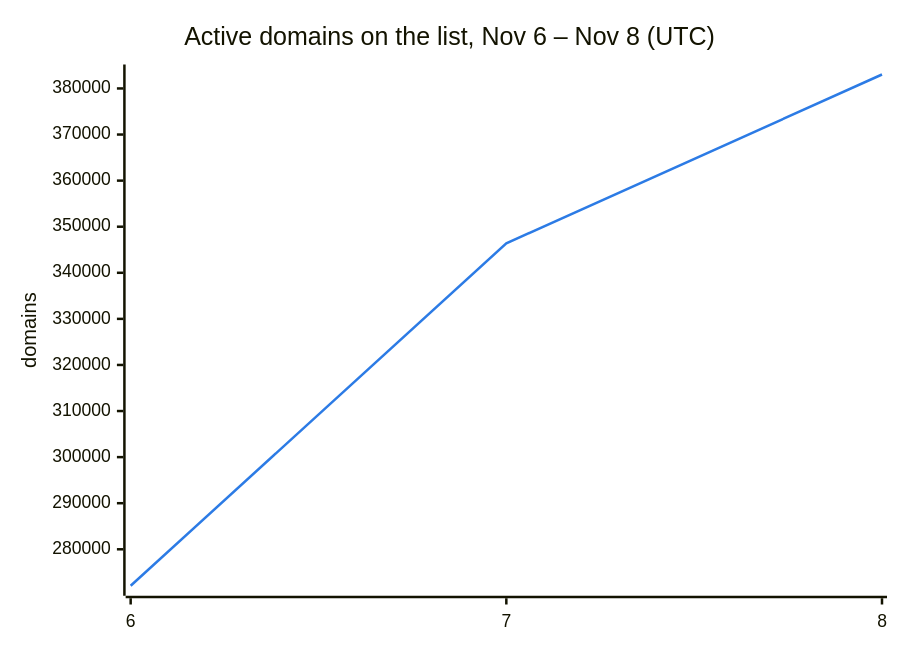
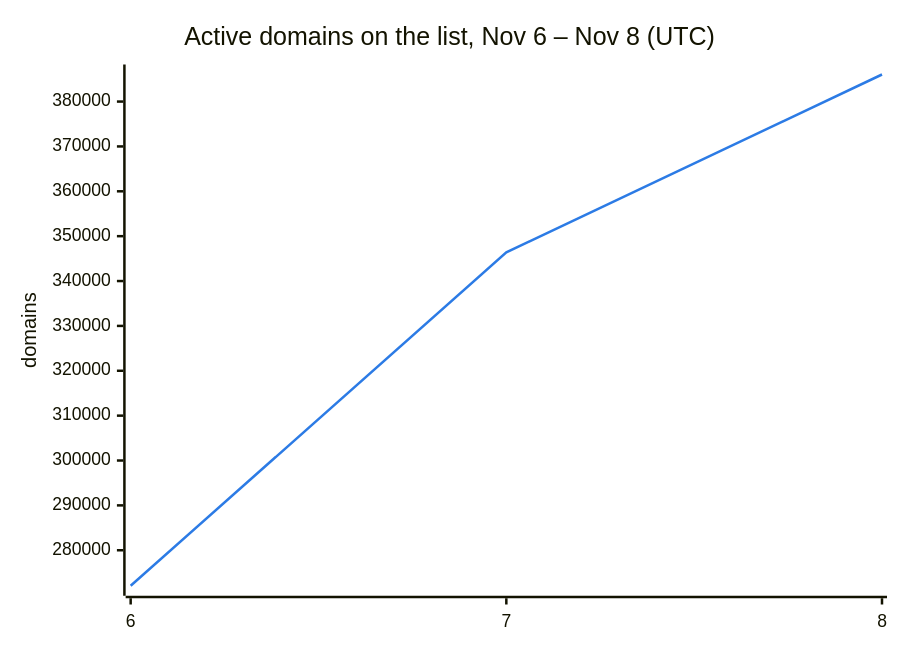
The second of 3 diagrams in README.md (DNSBunker/CTI), drawn with Mermaid before and after one commit. The commit also changed other lines of this file and 3 other files, not shown here.

````diff
--- a/README.md
+++ b/README.md
@@ -38,8 +38,8 @@
 ```mermaid
 %%{init: {"themeVariables": {"xyChart": {"plotColorPalette": "#2c7be5"}}}}%%
 xychart-beta
     title "Active domains on the list, Nov 6 – Nov 8 (UTC)"
     x-axis ["6", "7", "8"]
     y-axis "domains"
-    line [272088, 346388, 383028]
+    line [272088, 346388, 386033]
 ```
````
